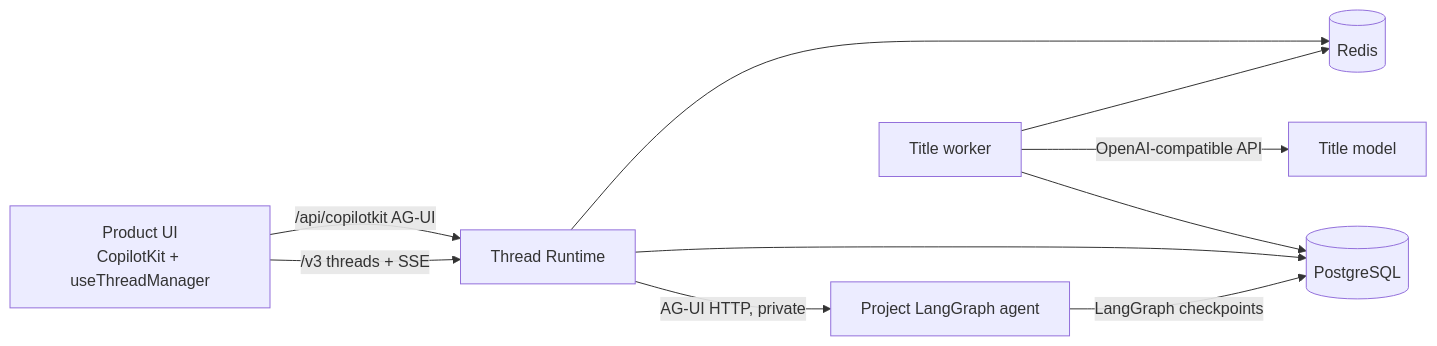
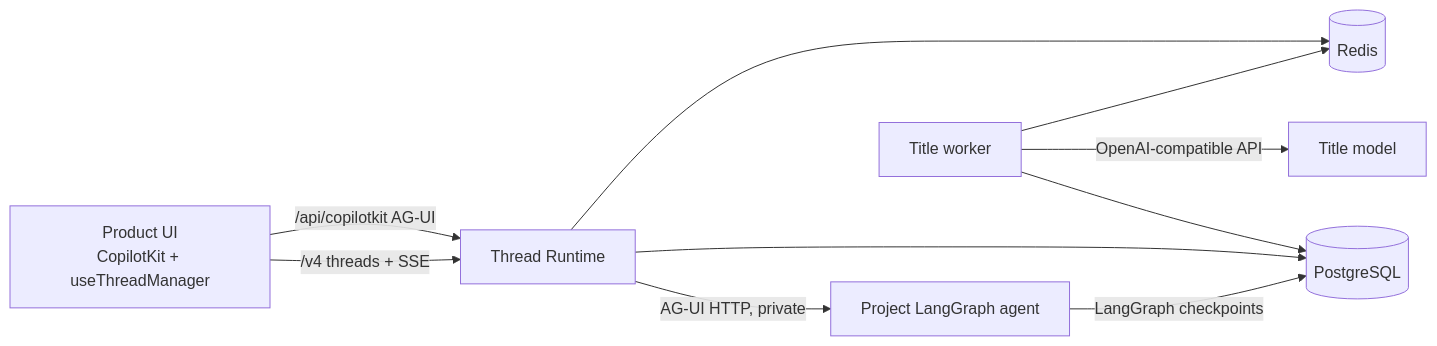
One commit to Hieuej147/Copilotkit-threads changed the diagram in docs/THREAD_SERVICE_GUIDE.md. Above: the diagram before and after it, drawn with Mermaid. The commit also changed other lines of this file and 59 other files, not shown here.

````diff
--- a/docs/THREAD_SERVICE_GUIDE.md
+++ b/docs/THREAD_SERVICE_GUIDE.md
@@ -9,12 +9,12 @@
 ```mermaid
 flowchart LR
-  UI[Product UI\nCopilotKit + useThreadManager] -->|/v3 threads + SSE| RT[Thread Runtime]
+  UI[Product UI\nCopilotKit + useThreadManager] -->|/v4 threads + SSE| RT[Thread Runtime]
   UI -->|/api/copilotkit AG-UI| RT
   RT -->|AG-UI HTTP, private| AG[Project LangGraph agent]
   RT --> PG[(PostgreSQL)]
   RT --> RD[(Redis)]
   TW[Title worker] --> PG
   TW -->|OpenAI-compatible API| LLM[Title model]
   TW --> RD
   AG -->|LangGraph checkpoints| PG
 ```
````
